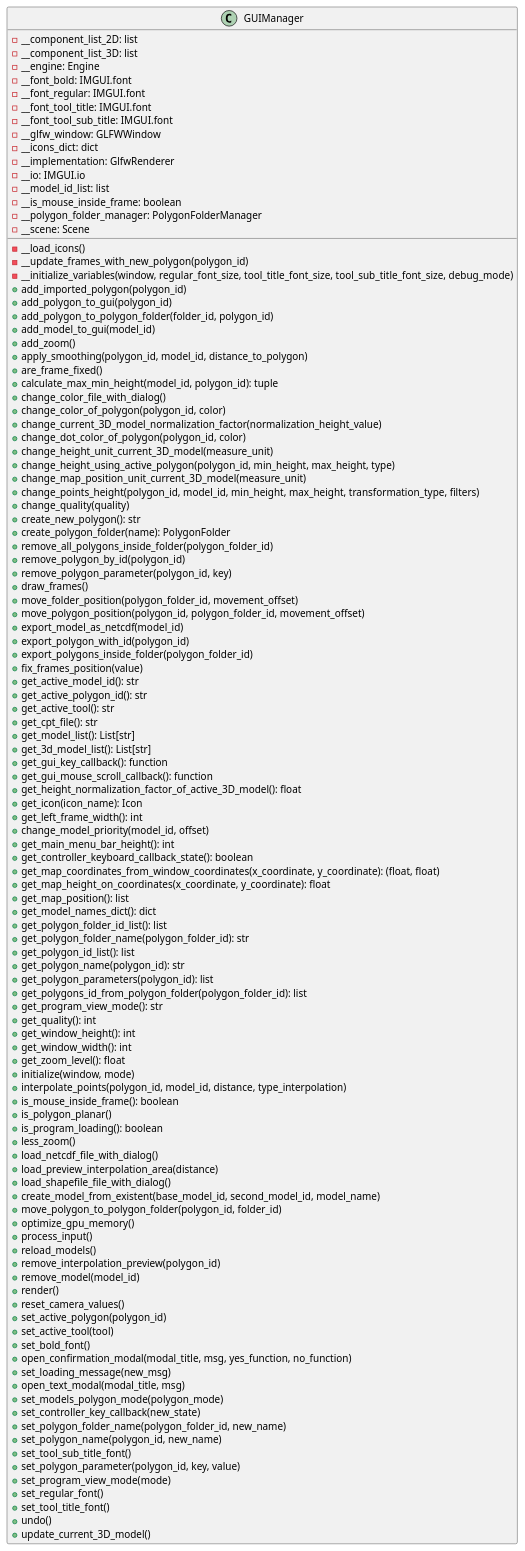
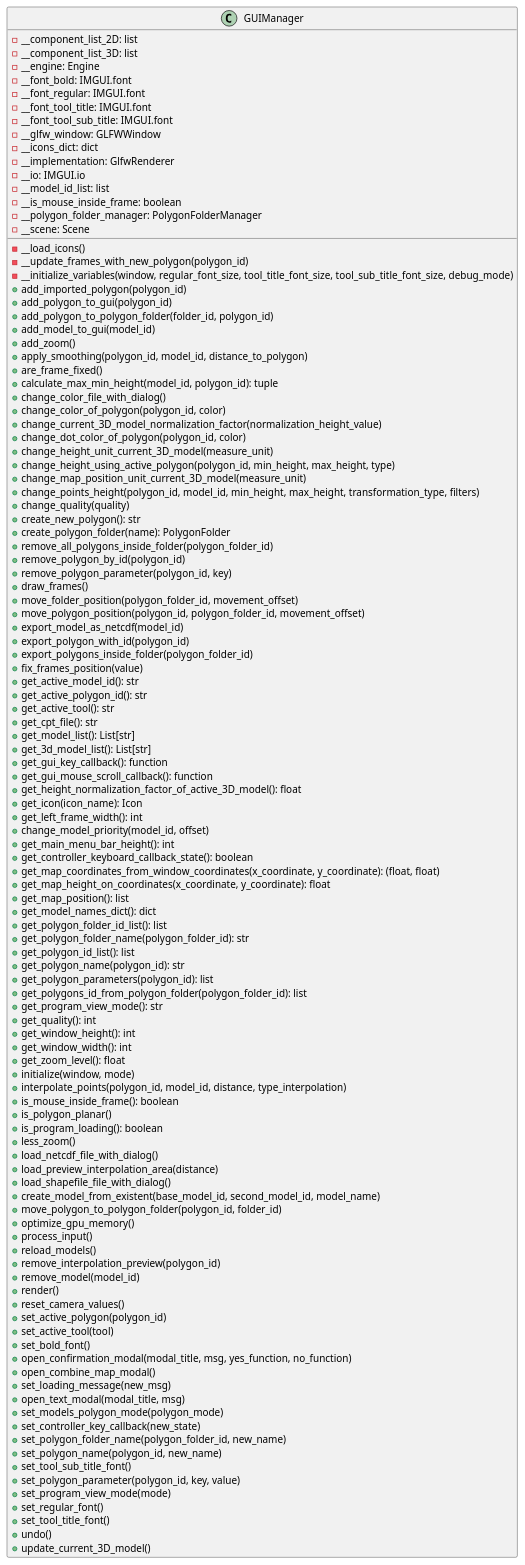
One commit to ferpoble2/Relief_Creator changed the diagram in docs/classes/GUIManager.puml. Above: the diagram before and after it, drawn with PlantUML.

```diff
--- a/docs/classes/GUIManager.puml
+++ b/docs/classes/GUIManager.puml
@@ -1,117 +1,118 @@
 @startuml
 'https://plantuml.com/class-diagram
 class GUIManager{
     - __component_list_2D: list
     - __component_list_3D: list
     - __engine: Engine
     - __font_bold: IMGUI.font
     - __font_regular: IMGUI.font
     - __font_tool_title: IMGUI.font
     - __font_tool_sub_title: IMGUI.font
     - __glfw_window: GLFWWindow
     - __icons_dict: dict
     - __implementation: GlfwRenderer
     - __io: IMGUI.io
     - __model_id_list: list
     - __is_mouse_inside_frame: boolean
     - __polygon_folder_manager: PolygonFolderManager
     - __scene: Scene
 
     - __load_icons()
     - __update_frames_with_new_polygon(polygon_id)
     - __initialize_variables(window, regular_font_size, tool_title_font_size, tool_sub_title_font_size, debug_mode)
     + add_imported_polygon(polygon_id)
     + add_polygon_to_gui(polygon_id)
     + add_polygon_to_polygon_folder(folder_id, polygon_id)
     + add_model_to_gui(model_id)
     + add_zoom()
     + apply_smoothing(polygon_id, model_id, distance_to_polygon)
     + are_frame_fixed()
     + calculate_max_min_height(model_id, polygon_id): tuple
     + change_color_file_with_dialog()
     + change_color_of_polygon(polygon_id, color)
     + change_current_3D_model_normalization_factor(normalization_height_value)
     + change_dot_color_of_polygon(polygon_id, color)
     + change_height_unit_current_3D_model(measure_unit)
     + change_height_using_active_polygon(polygon_id, min_height, max_height, type)
     + change_map_position_unit_current_3D_model(measure_unit)
     + change_points_height(polygon_id, model_id, min_height, max_height, transformation_type, filters)
     + change_quality(quality)
     + create_new_polygon(): str
     + create_polygon_folder(name): PolygonFolder
     + remove_all_polygons_inside_folder(polygon_folder_id)
     + remove_polygon_by_id(polygon_id)
     + remove_polygon_parameter(polygon_id, key)
     + draw_frames()
     + move_folder_position(polygon_folder_id, movement_offset)
     + move_polygon_position(polygon_id, polygon_folder_id, movement_offset)
     + export_model_as_netcdf(model_id)
     + export_polygon_with_id(polygon_id)
     + export_polygons_inside_folder(polygon_folder_id)
     + fix_frames_position(value)
     + get_active_model_id(): str
     + get_active_polygon_id(): str
     + get_active_tool(): str
     + get_cpt_file(): str
     + get_model_list(): List[str]
     + get_3d_model_list(): List[str]
     + get_gui_key_callback(): function
     + get_gui_mouse_scroll_callback(): function
     + get_height_normalization_factor_of_active_3D_model(): float
     + get_icon(icon_name): Icon
     + get_left_frame_width(): int
     + change_model_priority(model_id, offset)
     + get_main_menu_bar_height(): int
     + get_controller_keyboard_callback_state(): boolean
     + get_map_coordinates_from_window_coordinates(x_coordinate, y_coordinate): (float, float)
     + get_map_height_on_coordinates(x_coordinate, y_coordinate): float
     + get_map_position(): list
     + get_model_names_dict(): dict
     + get_polygon_folder_id_list(): list
     + get_polygon_folder_name(polygon_folder_id): str
     + get_polygon_id_list(): list
     + get_polygon_name(polygon_id): str
     + get_polygon_parameters(polygon_id): list
     + get_polygons_id_from_polygon_folder(polygon_folder_id): list
     + get_program_view_mode(): str
     + get_quality(): int
     + get_window_height(): int
     + get_window_width(): int
     + get_zoom_level(): float
     + initialize(window, mode)
     + interpolate_points(polygon_id, model_id, distance, type_interpolation)
     + is_mouse_inside_frame(): boolean
     + is_polygon_planar()
     + is_program_loading(): boolean
     + less_zoom()
     + load_netcdf_file_with_dialog()
     + load_preview_interpolation_area(distance)
     + load_shapefile_file_with_dialog()
     + create_model_from_existent(base_model_id, second_model_id, model_name)
     + move_polygon_to_polygon_folder(polygon_id, folder_id)
     + optimize_gpu_memory()
     + process_input()
     + reload_models()
     + remove_interpolation_preview(polygon_id)
     + remove_model(model_id)
     + render()
     + reset_camera_values()
     + set_active_polygon(polygon_id)
     + set_active_tool(tool)
     + set_bold_font()
     + open_confirmation_modal(modal_title, msg, yes_function, no_function)
+    + open_combine_map_modal()
     + set_loading_message(new_msg)
     + open_text_modal(modal_title, msg)
     + set_models_polygon_mode(polygon_mode)
     + set_controller_key_callback(new_state)
     + set_polygon_folder_name(polygon_folder_id, new_name)
     + set_polygon_name(polygon_id, new_name)
     + set_tool_sub_title_font()
     + set_polygon_parameter(polygon_id, key, value)
     + set_program_view_mode(mode)
     + set_regular_font()
     + set_tool_title_font()
     + undo()
     + update_current_3D_model()
 }
 @enduml
```
